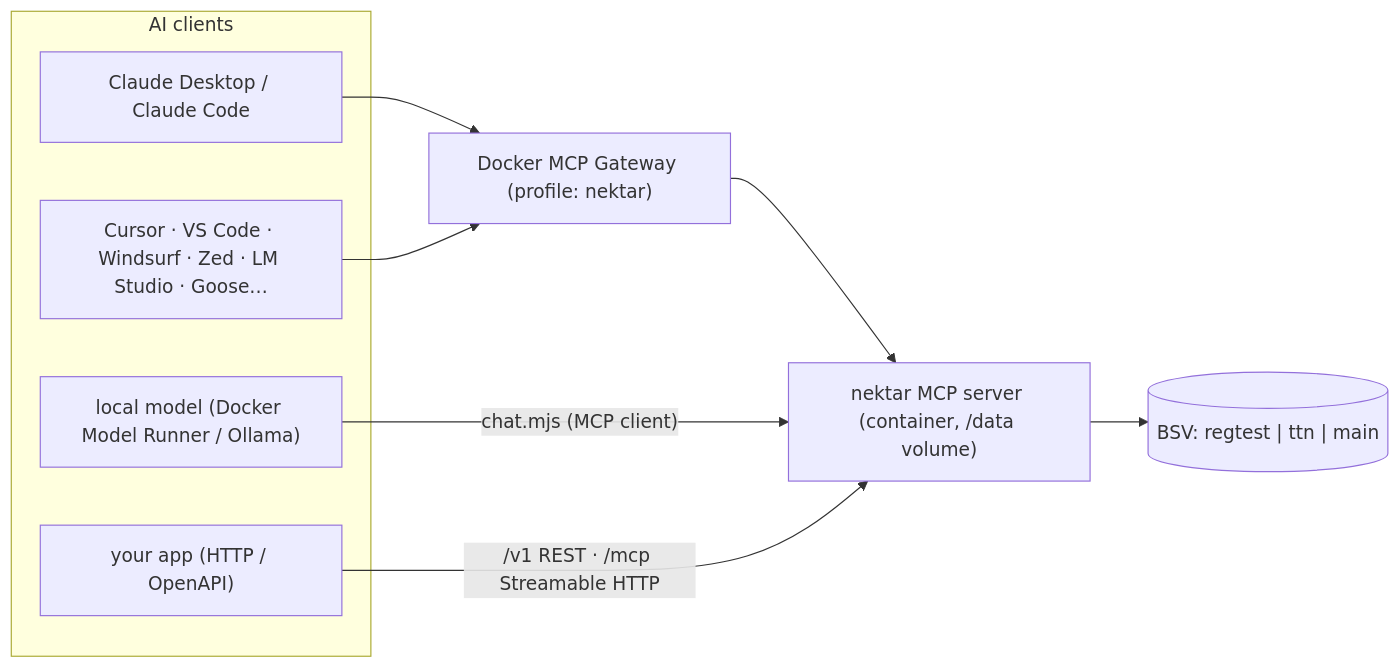
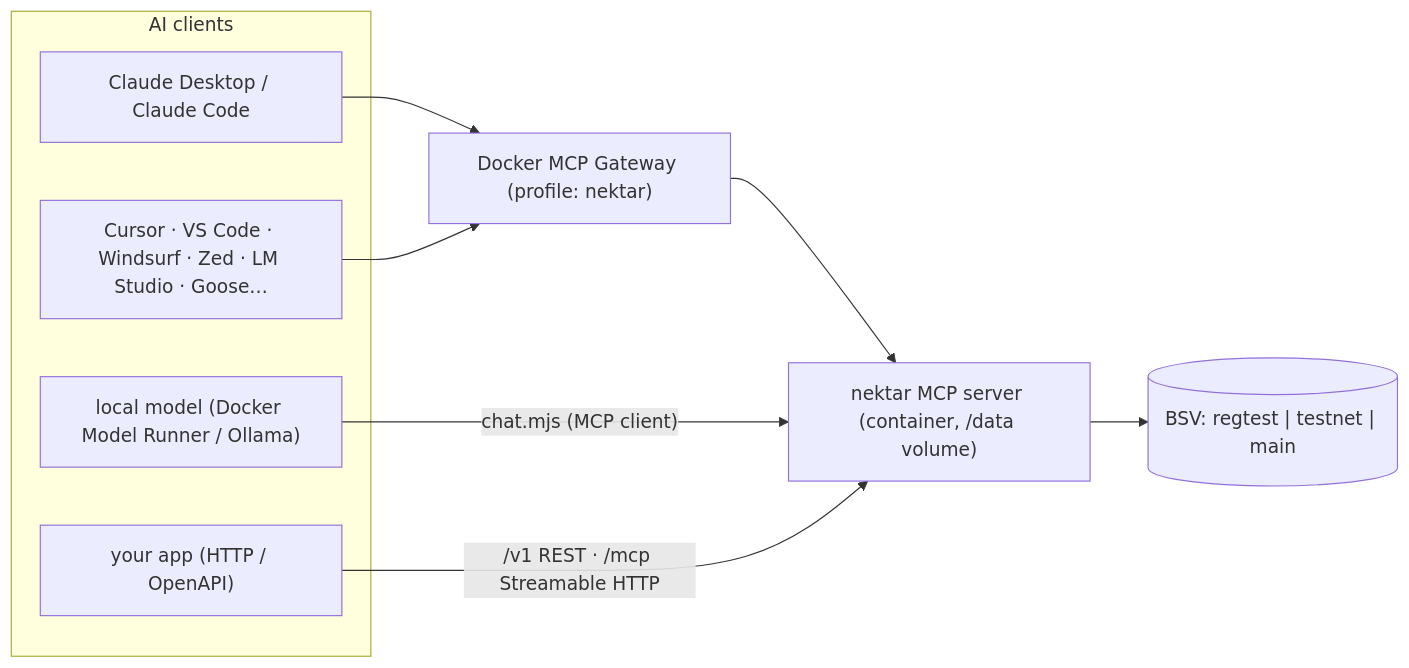
One commit to kryptokrates/nektar changed the diagram in docs/INTEGRATION.md. Above: the diagram before and after it, drawn with Mermaid. The commit also changed other lines of this file and 62 other files, not shown here.

````diff
--- a/docs/INTEGRATION.md
+++ b/docs/INTEGRATION.md
@@ -5,16 +5,16 @@
 ```mermaid
 flowchart LR
   subgraph clients["AI clients"]
     cd["Claude Desktop / Claude Code"]
     cu["Cursor · VS Code · Windsurf · Zed · LM Studio · Goose…"]
     lm["local model (Docker Model Runner / Ollama)"]
     app["your app (HTTP / OpenAPI)"]
   end
   gw["Docker MCP Gateway (profile: nektar)"]
   srv["nektar MCP server (container, /data volume)"]
-  bsv[("BSV: regtest | ttn | main")]
+  bsv[("BSV: regtest | testnet | main")]
   cd & cu --> gw --> srv
   lm -- "chat.mjs (MCP client)" --> srv
   app -- "/v1 REST · /mcp Streamable HTTP" --> srv
   srv --> bsv
 ```
````
